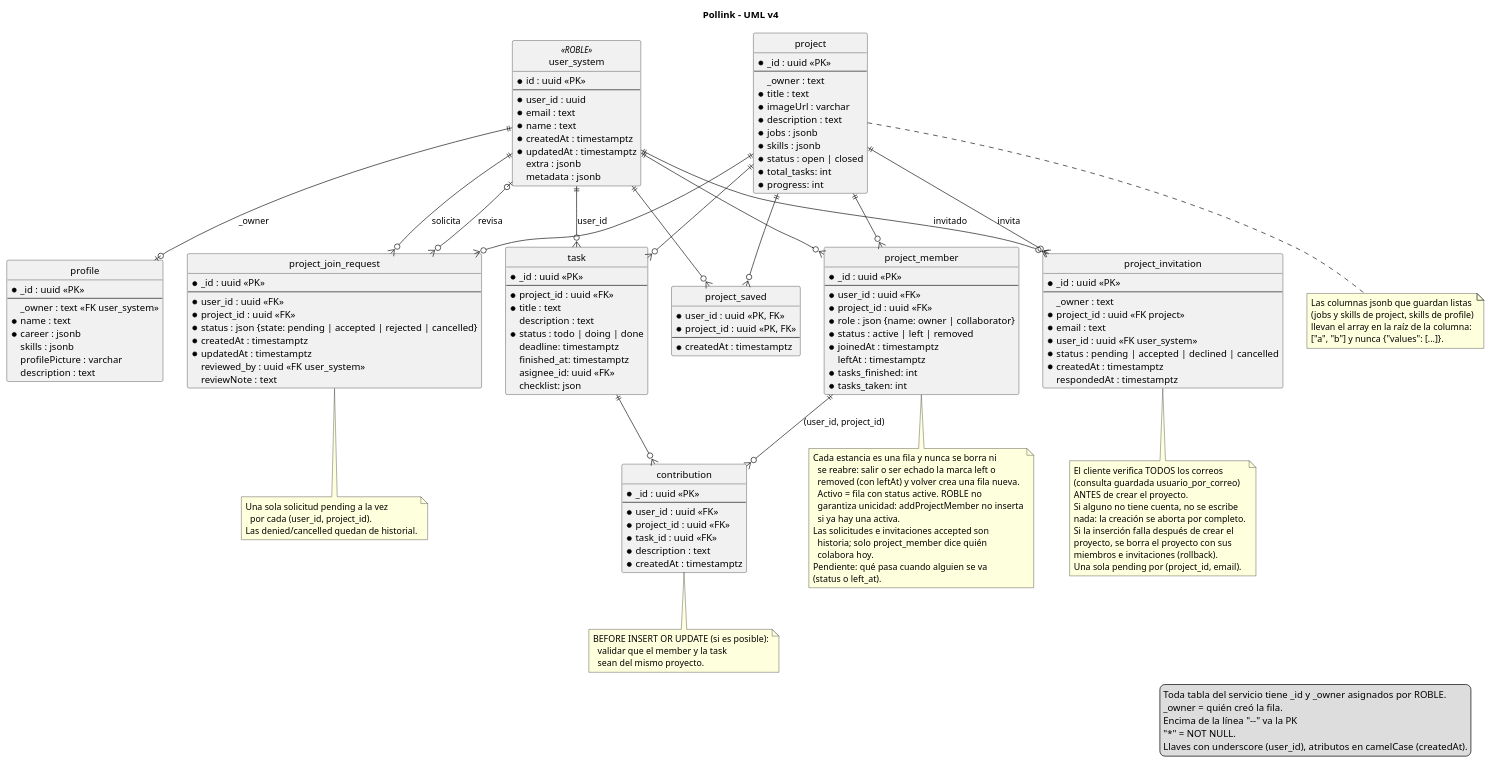
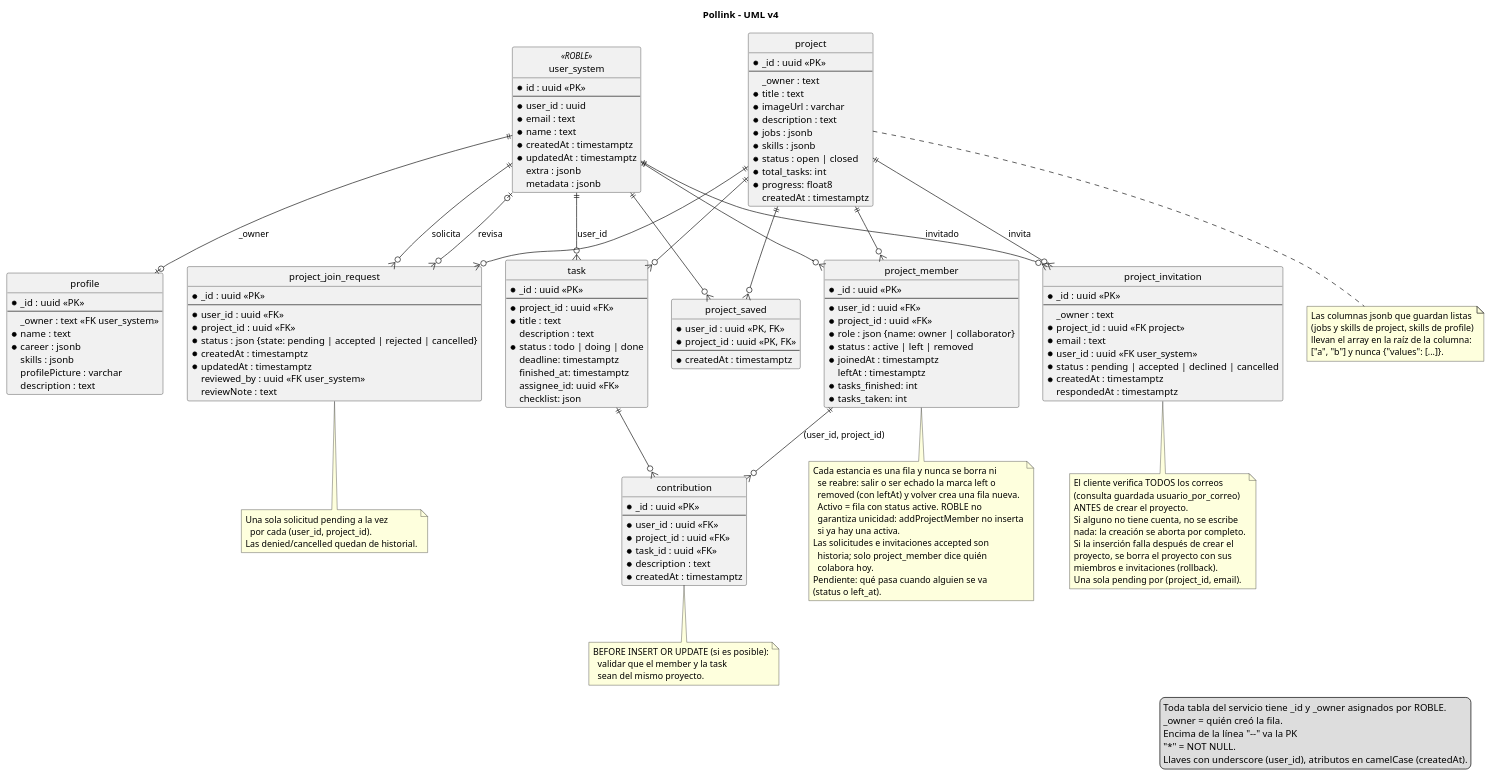
The diagram in docs/class_diagram.puml (FatimaCas/pollink), drawn with PlantUML before and after one commit. The commit also changed 57 other files, not shown here.

First line of the commit message:
feat: Pollink schema, navigation skeleton and per-feature DI (A2, A3)

```diff
--- a/docs/class_diagram.puml
+++ b/docs/class_diagram.puml
@@ -1,188 +1,189 @@
 @startuml v4
 title Pollink - UML v4
 
 hide circle
 skinparam shadowing false
 
 legend right
 Toda tabla del servicio tiene _id y _owner asignados por ROBLE.
 _owner = quién creó la fila.
 Encima de la línea "--" va la PK
 "*" = NOT NULL.
 Llaves con underscore (user_id), atributos en camelCase (createdAt).
 endlegend
 
 ' ───────── Entidades ─────────
 entity user_system <<ROBLE>> {
 * id : uuid <<PK>>
 --
 * user_id : uuid
 * email : text
 * name : text
 * createdAt : timestamptz
 * updatedAt : timestamptz
   extra : jsonb
   metadata : jsonb
 }
 
 entity profile {
 * _id : uuid <<PK>>
 --
   _owner : text <<FK user_system>>
 * name : text
 * career : jsonb
   skills : jsonb
   profilePicture : varchar
   description : text
 }
 
 entity project {
 * _id : uuid <<PK>>
 --
   _owner : text
 * title : text
 * imageUrl : varchar
 * description : text
 * jobs : jsonb
 * skills : jsonb
 * status : open | closed
 * total_tasks: int
-* progress: int
+* progress: float8
+  createdAt : timestamptz
 }
 
 note bottom of project
   Las columnas jsonb que guardan listas
   (jobs y skills de project, skills de profile)
   llevan el array en la raíz de la columna:
   ["a", "b"] y nunca {"values": [...]}.
 end note
 
 entity project_saved  {
 * user_id : uuid <<PK, FK>>
 * project_id : uuid <<PK, FK>>
 --
 * createdAt : timestamptz
 }
 
 entity project_join_request {
 * _id : uuid <<PK>>
 --
 * user_id : uuid <<FK>>
 * project_id : uuid <<FK>>
 * status : json {state: pending | accepted | rejected | cancelled}
 * createdAt : timestamptz
 * updatedAt : timestamptz
   reviewed_by : uuid <<FK user_system>>
   reviewNote : text
 }
 
 entity project_member {
 * _id : uuid <<PK>>
 --
 * user_id : uuid <<FK>>
 * project_id : uuid <<FK>>
 * role : json {name: owner | collaborator}
 * status : active | left | removed
 * joinedAt : timestamptz
   leftAt : timestamptz
 * tasks_finished: int
 * tasks_taken: int
 }
 
 entity project_invitation {
 * _id : uuid <<PK>>
 --
   _owner : text
 * project_id : uuid <<FK project>>
 * email : text
 * user_id : uuid <<FK user_system>>
 * status : pending | accepted | declined | cancelled
 * createdAt : timestamptz
   respondedAt : timestamptz
 }
 
 entity task {
 * _id : uuid <<PK>>
 --
 * project_id : uuid <<FK>>
 * title : text
   description : text
 * status : todo | doing | done
  deadline: timestamptz
  finished_at: timestamptz
- asignee_id: uuid <<FK>>
+ assignee_id: uuid <<FK>>
  checklist: json
 }
 
 entity contribution  {
 * _id : uuid <<PK>>
 --
 * user_id : uuid <<FK>>
 * project_id : uuid <<FK>>
 * task_id : uuid <<FK>>
 * description : text
 * createdAt : timestamptz
 }
 
 ' ───────── Relaciones ─────────
 user_system ||--o| profile : "_owner "
 
 user_system ||--o{ project_saved
 project ||--o{ project_saved
 
 user_system ||--o{ project_join_request : solicita
 user_system |o--o{ project_join_request : "revisa"
 project ||--o{ project_join_request
 
 user_system ||--o{ project_member
 project ||--o{ project_member
 
 user_system ||--o{ project_invitation : "invitado"
 project ||--o{ project_invitation : invita
 
 project ||--o{ task
 
 project_member ||--o{ contribution : "(user_id, project_id)"
 user_system ||--o{ task: "user_id"
 task ||--o{ contribution
 
 ' ───────── Notas ─────────
 note bottom of contribution
 BEFORE INSERT OR UPDATE (si es posible):
   validar que el member y la task
   sean del mismo proyecto.
 end note
 
 note bottom of project_join_request
 Una sola solicitud pending a la vez
   por cada (user_id, project_id).
 Las denied/cancelled quedan de historial.
 end note
 
 note bottom of project_member
 Cada estancia es una fila y nunca se borra ni
   se reabre: salir o ser echado la marca left o
   removed (con leftAt) y volver crea una fila nueva.
   Activo = fila con status active. ROBLE no
   garantiza unicidad: addProjectMember no inserta
   si ya hay una activa.
 Las solicitudes e invitaciones accepted son
   historia; solo project_member dice quién
   colabora hoy.
 Pendiente: qué pasa cuando alguien se va
 (status o left_at).
 end note
 
 note bottom of project_invitation
   El cliente verifica TODOS los correos
   (consulta guardada usuario_por_correo)
   ANTES de crear el proyecto.
   Si alguno no tiene cuenta, no se escribe
   nada: la creación se aborta por completo.
   Si la inserción falla después de crear el
   proyecto, se borra el proyecto con sus
   miembros e invitaciones (rollback).
   Una sola pending por (project_id, email).
 end note
 
 @enduml
```
